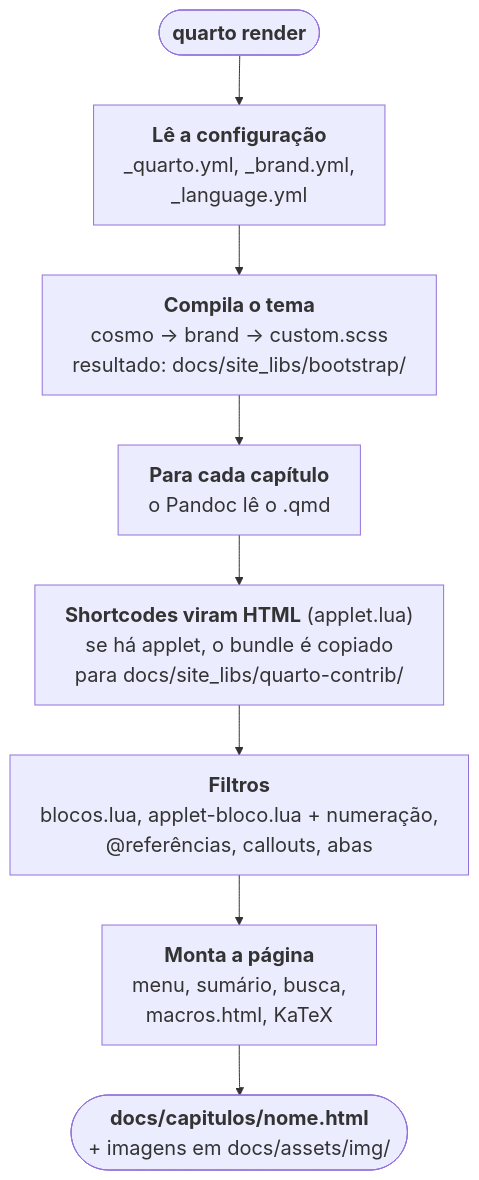
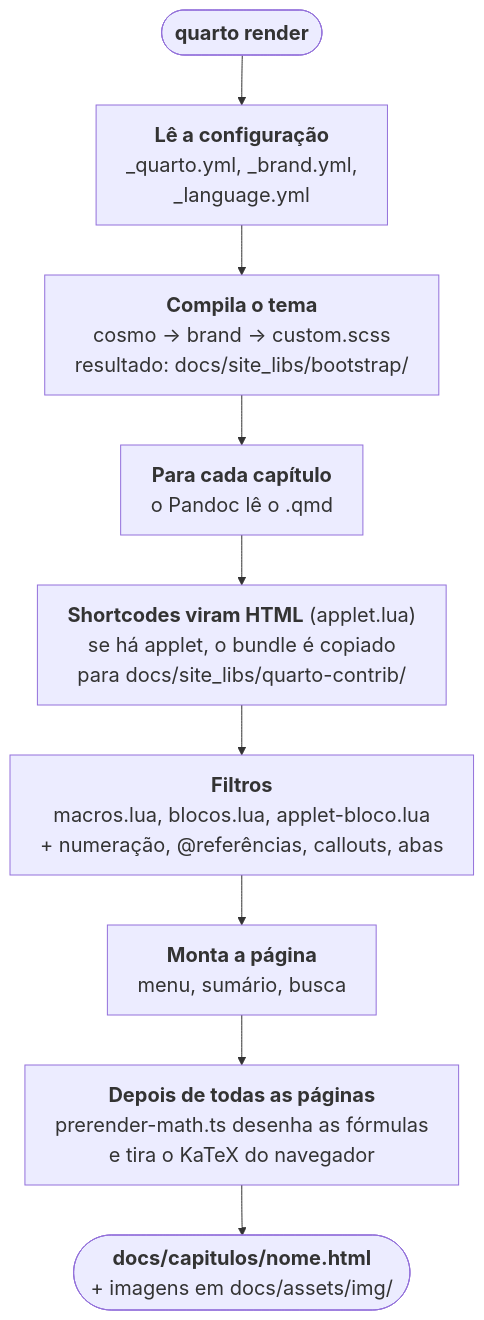
The sixth of 9 diagrams in _interno/diretrizes/arquitetura.md (lcmerlo/livro-online-fcg), drawn with Mermaid before and after one commit. The commit also changed other lines of this file and 7 other files, not shown here.

````diff
--- a/_interno/diretrizes/arquitetura.md
+++ b/_interno/diretrizes/arquitetura.md
@@ -365,14 +371,15 @@
 ```mermaid
 %%{init: {"themeVariables": {"fontSize": "20px"}, "flowchart": {"wrappingWidth": 420}}}%%
 flowchart TD
     start(["<b>quarto render</b>"])
     cfg["<b>Lê a configuração</b><br/>_quarto.yml, _brand.yml,<br/>_language.yml"]
     theme["<b>Compila o tema</b><br/>cosmo → brand → custom.scss<br/>resultado: docs/site_libs/bootstrap/"]
     parse["<b>Para cada capítulo</b><br/>o Pandoc lê o .qmd"]
     sc["<b>Shortcodes viram HTML</b> (applet.lua)<br/>se há applet, o bundle é copiado<br/>para docs/site_libs/quarto-contrib/"]
-    flt["<b>Filtros</b><br/>blocos.lua, applet-bloco.lua + numeração,<br/>@referências, callouts, abas"]
-    html["<b>Monta a página</b><br/>menu, sumário, busca,<br/>macros.html, KaTeX"]
+    flt["<b>Filtros</b><br/>macros.lua, blocos.lua, applet-bloco.lua<br/>+ numeração, @referências, callouts, abas"]
+    html["<b>Monta a página</b><br/>menu, sumário, busca"]
+    pre["<b>Depois de todas as páginas</b><br/>prerender-math.ts desenha as fórmulas<br/>e tira o KaTeX do navegador"]
     out(["<b>docs/capitulos/nome.html</b><br/>+ imagens em docs/assets/img/"])
 
-    start --> cfg --> theme --> parse --> sc --> flt --> html --> out
+    start --> cfg --> theme --> parse --> sc --> flt --> html --> pre --> out
 ```
````
